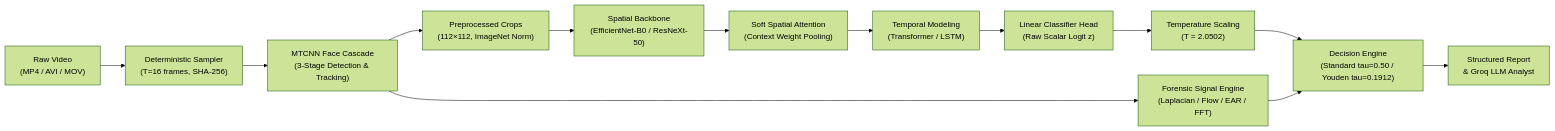
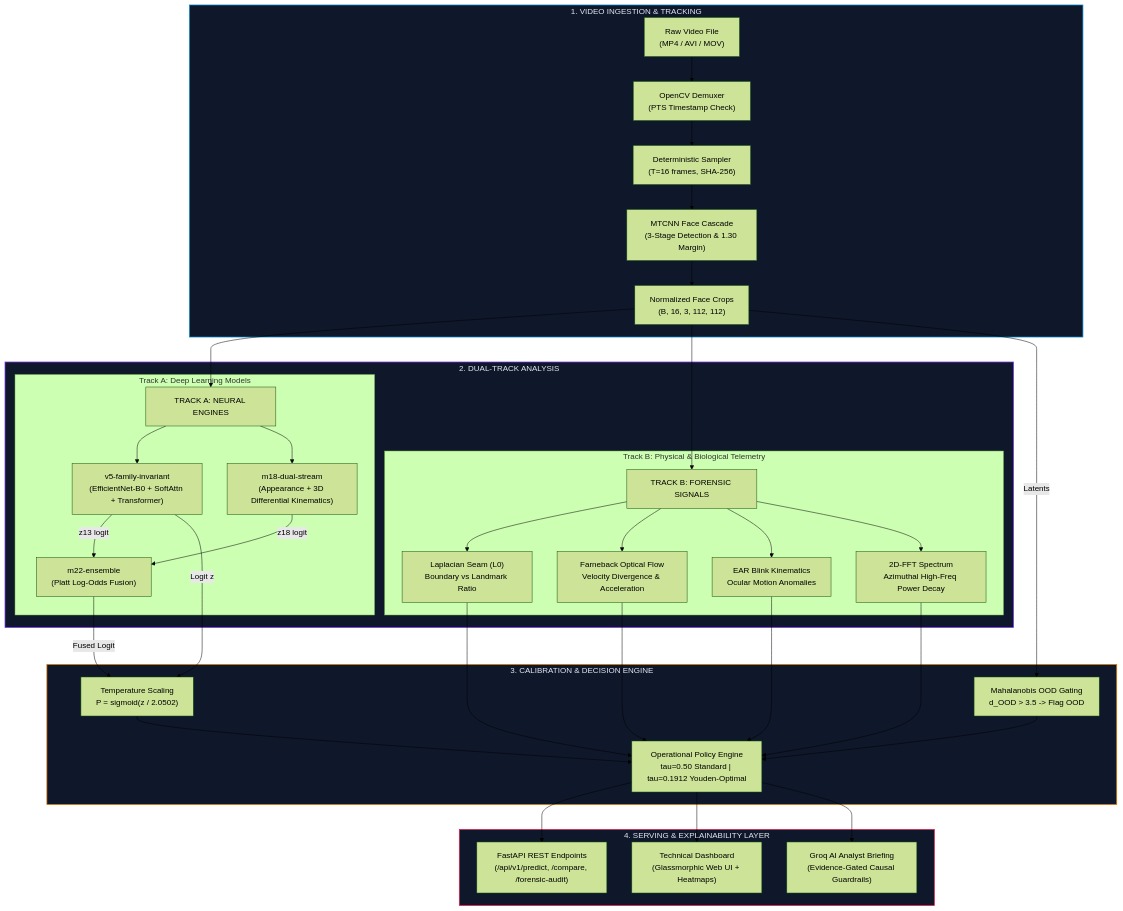
Before and after one commit to MatrixVoyage/DROx: the diagram in README.md, drawn with Mermaid (forest theme). The commit also changed other lines of this file and 5 other files, not shown here.

Commit message:
docs: add comprehensive dual-track architecture diagram, empirical model comparison matrix, and live SVG dataflow

````diff
--- a/README.md
+++ b/README.md
@@ -26,16 +34,53 @@
 ```mermaid
-flowchart LR
-    A["Raw Video<br/>(MP4 / AVI / MOV)"] --> B["Deterministic Sampler<br/>(T=16 frames, SHA-256)"]
-    B --> C["MTCNN Face Cascade<br/>(3-Stage Detection & Tracking)"]
-    C --> D["Preprocessed Crops<br/>(112×112, ImageNet Norm)"]
-    D --> E["Spatial Backbone<br/>(EfficientNet-B0 / ResNeXt-50)"]
-    E --> F["Soft Spatial Attention<br/>(Context Weight Pooling)"]
-    F --> G["Temporal Modeling<br/>(Transformer / LSTM)"]
-    G --> H["Linear Classifier Head<br/>(Raw Scalar Logit z)"]
-    H --> I["Temperature Scaling<br/>(T = 2.0502)"]
-    
-    C --> J["Forensic Signal Engine<br/>(Laplacian / Flow / EAR / FFT)"]
-    I --> K["Decision Engine<br/>(Standard tau=0.50 / Youden tau=0.1912)"]
-    J --> K
-    K --> L["Structured Report<br/>& Groq LLM Analyst"]
+flowchart TD
+    subgraph S1["1. VIDEO INGESTION & TRACKING"]
+        V["Raw Video File<br/>(MP4 / AVI / MOV)"] --> DEC["OpenCV Demuxer<br/>(PTS Timestamp Check)"]
+        DEC --> SMP["Deterministic Sampler<br/>(T=16 frames, SHA-256)"]
+        SMP --> MTCNN["MTCNN Face Cascade<br/>(3-Stage Detection & 1.30 Margin)"]
+        MTCNN --> CROPS["Normalized Face Crops<br/>(B, 16, 3, 112, 112)"]
+    end
+
+    subgraph S2["2. DUAL-TRACK ANALYSIS"]
+        CROPS --> TRK_A["TRACK A: NEURAL ENGINES"]
+        CROPS --> TRK_B["TRACK B: FORENSIC SIGNALS"]
+
+        subgraph S2A["Track A: Deep Learning Models"]
+            TRK_A --> V5["v5-family-invariant<br/>(EfficientNet-B0 + SoftAttn + Transformer)"]
+            TRK_A --> M18["m18-dual-stream<br/>(Appearance + 3D Differential Kinematics)"]
+            V5 -->|z13 logit| M22["m22-ensemble<br/>(Platt Log-Odds Fusion)"]
+            M18 -->|z18 logit| M22
+        end
+
+        subgraph S2B["Track B: Physical & Biological Telemetry"]
+            TRK_B --> LAP["Laplacian Seam (L0)<br/>Boundary vs Landmark Ratio"]
+            TRK_B --> OF["Farneback Optical Flow<br/>Velocity Divergence & Acceleration"]
+            TRK_B --> EAR["EAR Blink Kinematics<br/>Ocular Motion Anomalies"]
+            TRK_B --> FFT["2D-FFT Spectrum<br/>Azimuthal High-Freq Power Decay"]
+        end
+    end
+
+    subgraph S3["3. CALIBRATION & DECISION ENGINE"]
+        V5 -->|Logit z| CALIB["Temperature Scaling<br/>P = sigmoid(z / 2.0502)"]
+        M22 -->|Fused Logit| CALIB
+        CROPS -->|Latents| OOD["Mahalanobis OOD Gating<br/>d_OOD > 3.5 -> Flag OOD"]
+        CALIB --> DEC_ENG["Operational Policy Engine<br/>tau=0.50 Standard | tau=0.1912 Youden-Optimal"]
+        OOD --> DEC_ENG
+        LAP & OF & EAR & FFT --> DEC_ENG
+    end
+
+    subgraph S4["4. SERVING & EXPLAINABILITY LAYER"]
+        DEC_ENG --> API["FastAPI REST Endpoints<br/>(/api/v1/predict, /compare, /forensic-audit)"]
+        DEC_ENG --> UI["Technical Dashboard<br/>(Glassmorphic Web UI + Heatmaps)"]
+        DEC_ENG --> GROQ["Groq AI Analyst Briefing<br/>(Evidence-Gated Causal Guardrails)"]
+    end
+
+    classDef stage1 fill:#0F172A,stroke:#0284C7,stroke-width:1.5px,color:#E2E8F0;
+    classDef stage2 fill:#0F172A,stroke:#7C3AED,stroke-width:1.5px,color:#E2E8F0;
+    classDef stage3 fill:#0F172A,stroke:#D97706,stroke-width:1.5px,color:#E2E8F0;
+    classDef stage4 fill:#0F172A,stroke:#E11D48,stroke-width:1.5px,color:#E2E8F0;
+
+    class S1 stage1;
+    class S2 stage2;
+    class S3 stage3;
+    class S4 stage4;
 ```
````
